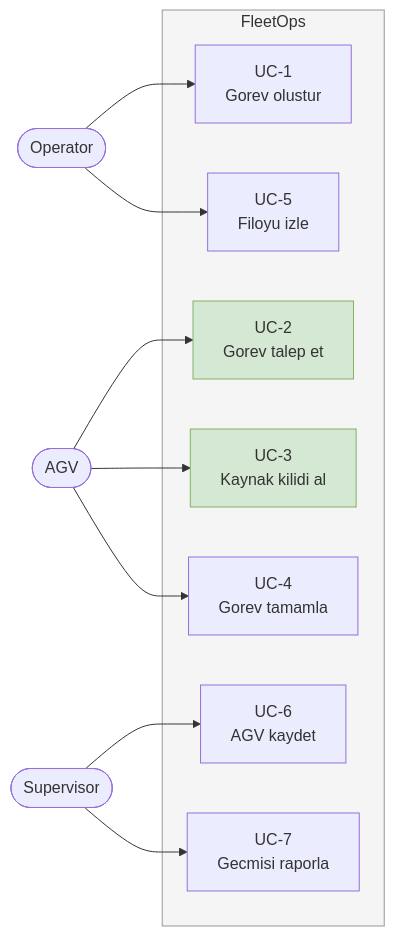
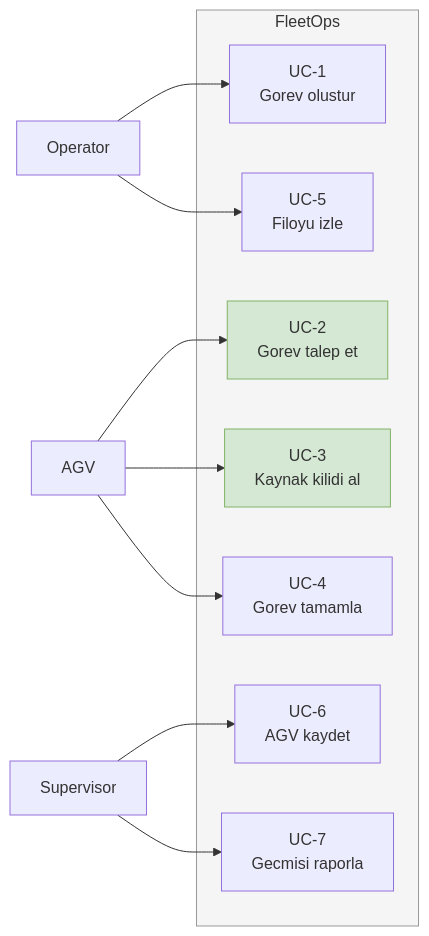
Before and after one commit to SenaKocaslan/fleetops: the third of 9 diagrams in docs/02-functional-analysis.md, drawn with Mermaid. The commit also changed other lines of this file and 1 other file, not shown here.

````diff
--- a/docs/02-functional-analysis.md
+++ b/docs/02-functional-analysis.md
@@ -66,28 +58,28 @@
 ```mermaid
 flowchart LR
-    OP(["Operator"])
-    SV(["Supervisor"])
-    AGV(["AGV"])
+    OP["Operator"]
+    SV["Supervisor"]
+    AGV["AGV"]
 
     subgraph sistem["FleetOps"]
         UC1["UC-1<br/>Gorev olustur"]
         UC2["UC-2<br/>Gorev talep et"]
         UC3["UC-3<br/>Kaynak kilidi al"]
         UC4["UC-4<br/>Gorev tamamla"]
         UC5["UC-5<br/>Filoyu izle"]
         UC6["UC-6<br/>AGV kaydet"]
         UC7["UC-7<br/>Gecmisi raporla"]
     end
 
     OP --> UC1
     OP --> UC5
     SV --> UC6
     SV --> UC7
     AGV --> UC2
     AGV --> UC3
     AGV --> UC4
 
     style sistem fill:#f5f5f5,stroke:#999999
     style UC2 fill:#d5e8d4,stroke:#82b366
     style UC3 fill:#d5e8d4,stroke:#82b366
 ```
````
